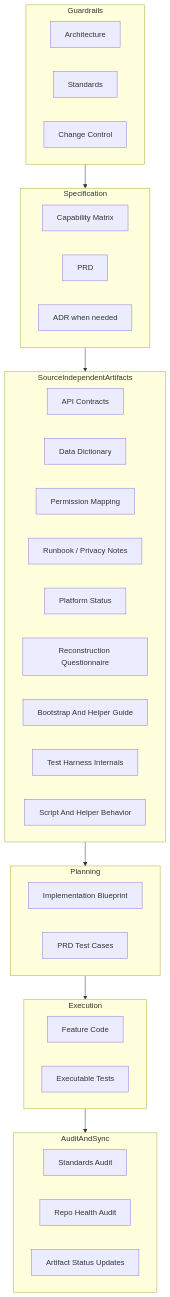
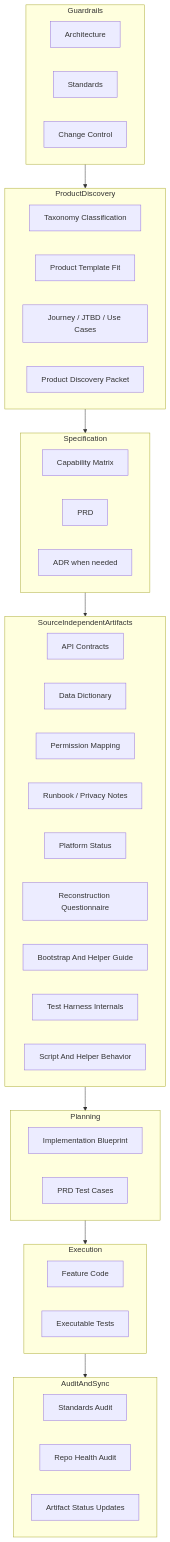
One commit to gordonrose/kanbien changed the second of 2 diagrams in docs/architecture/build-from-spec-change-harness.md. Above: the diagram before and after it, drawn with Mermaid. The commit also changed other lines of this file and 12 other files, not shown here.

Commit message:
Add product discovery layer harness

````diff
--- a/docs/architecture/build-from-spec-change-harness.md
+++ b/docs/architecture/build-from-spec-change-harness.md
@@ -41,48 +42,56 @@
 ```mermaid
 flowchart TB
     subgraph Guardrails
       A1[Architecture]
       A2[Standards]
       A3[Change Control]
+    end
+
+    subgraph ProductDiscovery
+      P1[Taxonomy Classification]
+      P2[Product Template Fit]
+      P3[Journey / JTBD / Use Cases]
+      P4[Product Discovery Packet]
     end
 
     subgraph Specification
       B1[Capability Matrix]
       B2[PRD]
       B3[ADR when needed]
     end
 
     subgraph SourceIndependentArtifacts
       C1[API Contracts]
       C2[Data Dictionary]
       C3[Permission Mapping]
       C4[Runbook / Privacy Notes]
       C5[Platform Status]
       C6[Reconstruction Questionnaire]
       C7[Bootstrap And Helper Guide]
       C8[Test Harness Internals]
       C9[Script And Helper Behavior]
     end
 
     subgraph Planning
       D1[Implementation Blueprint]
       D2[PRD Test Cases]
     end
 
     subgraph Execution
       E1[Feature Code]
       E2[Executable Tests]
     end
 
     subgraph AuditAndSync
       F1[Standards Audit]
       F2[Repo Health Audit]
       F3[Artifact Status Updates]
     end
 
-    Guardrails --> Specification
+    Guardrails --> ProductDiscovery
+    ProductDiscovery --> Specification
     Specification --> SourceIndependentArtifacts
     SourceIndependentArtifacts --> Planning
     Planning --> Execution
     Execution --> AuditAndSync
 ```
````
